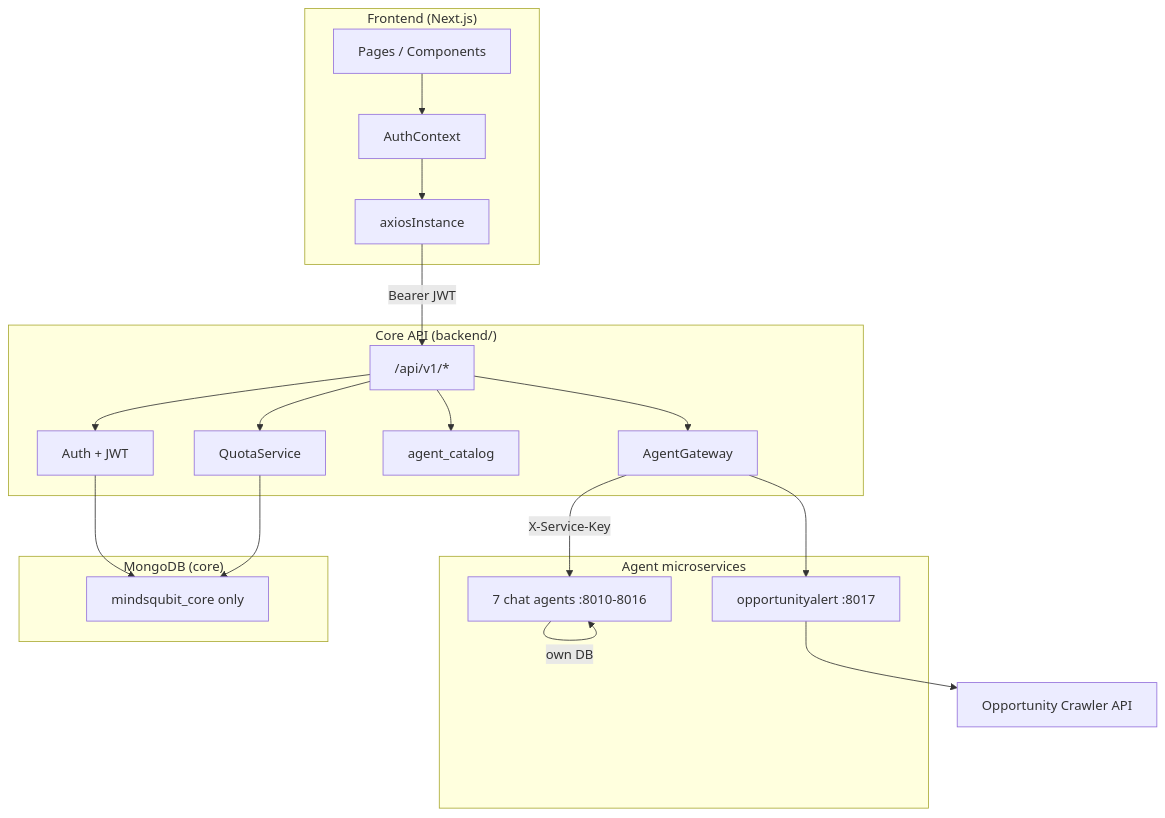
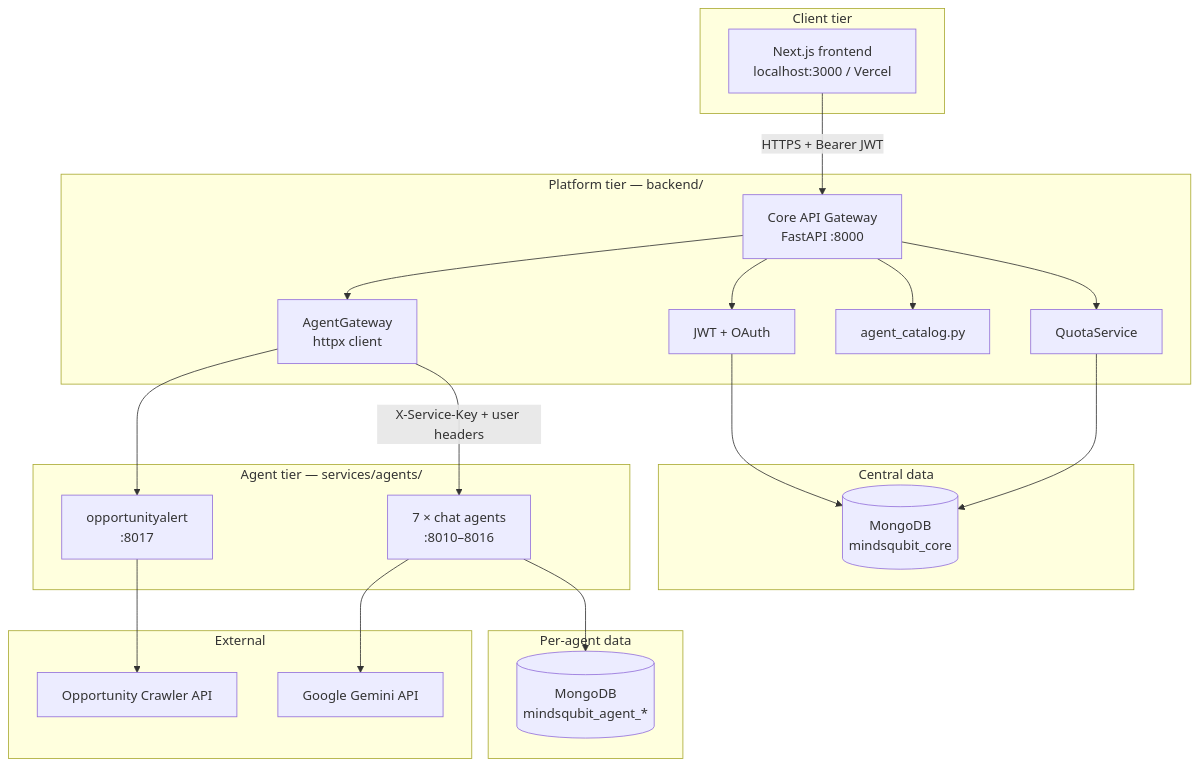
One commit to amanky01/minds_qubit changed the first of 5 diagrams in Architecture.md. Above: the diagram before and after it, drawn with Mermaid. The commit also changed other lines of this file and 20 other files, not shown here.

````diff
--- a/Architecture.md
+++ b/Architecture.md
@@ -40,40 +18,45 @@
 ```mermaid
 flowchart TB
-    subgraph Frontend["Frontend (Next.js)"]
-        UI[Pages / Components]
-        AuthCtx[AuthContext]
-        Axios[axiosInstance]
+    subgraph Client["Client tier"]
+        FE[Next.js frontend<br/>localhost:3000 / Vercel]
     end
 
-    subgraph Core["Core API (backend/)"]
-        API["/api/v1/*"]
-        Auth["Auth + JWT"]
+    subgraph Platform["Platform tier — backend/"]
+        Core[Core API Gateway<br/>FastAPI :8000]
+        Auth[JWT + OAuth]
         Quota[QuotaService]
-        Catalog[agent_catalog]
-        Gateway[AgentGateway]
+        Catalog[agent_catalog.py]
+        GW[AgentGateway<br/>httpx client]
     end
 
-    subgraph AgentServices["Agent microservices"]
-        ChatAgents[7 chat agents :8010-8016]
-        OppAlert[opportunityalert :8017]
+    subgraph Data["Central data"]
+        MongoC[(MongoDB<br/>mindsqubit_core)]
     end
 
-    subgraph MongoDB["MongoDB (core)"]
-        Central["mindsqubit_core only"]
+    subgraph Agents["Agent tier — services/agents/"]
+        Chat[7 × chat agents<br/>:8010–8016]
+        Integ[opportunityalert<br/>:8017]
     end
 
+    subgraph AgentData["Per-agent data"]
+        MongoA[(MongoDB<br/>mindsqubit_agent_*)]
+    end
+
+    subgraph External["External"]
     Crawler[Opportunity Crawler API]
+        Gemini[Google Gemini API]
+    end
 
-    UI --> AuthCtx --> Axios
-    Axios -->|Bearer JWT| API
-    API --> Auth
-    API --> Quota
-    API --> Catalog
-    API --> Gateway
-    Gateway -->|X-Service-Key| ChatAgents
-    Gateway --> OppAlert
-    Auth --> Central
-    Quota --> Central
-    ChatAgents -->|own DB| ChatAgents
-    OppAlert --> Crawler
+    FE -->|HTTPS + Bearer JWT| Core
+    Core --> Auth
+    Core --> Quota
+    Core --> Catalog
+    Core --> GW
+    Auth --> MongoC
+    Quota --> MongoC
+    GW -->|X-Service-Key + user headers| Chat
+    GW --> Integ
+    Chat --> MongoA
+    Chat --> Gemini
+    Integ --> Crawler
 ```
````
